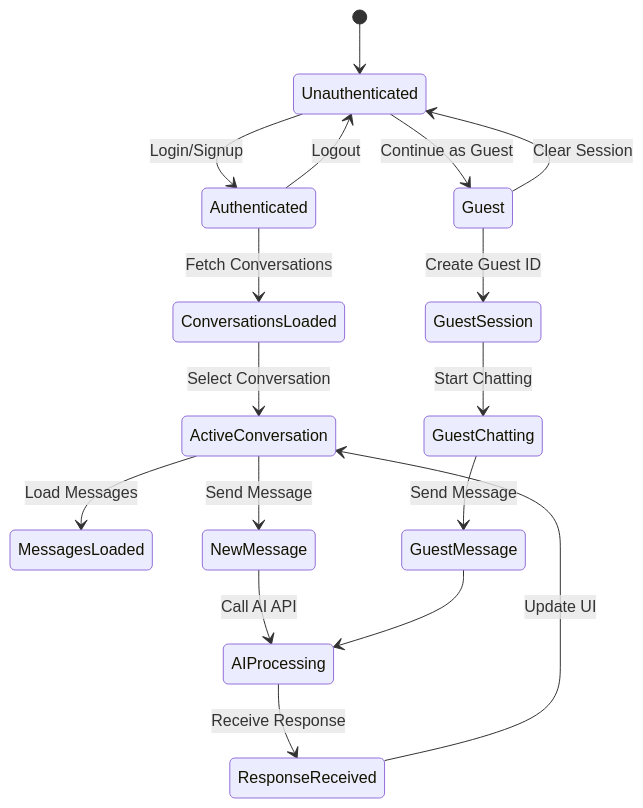
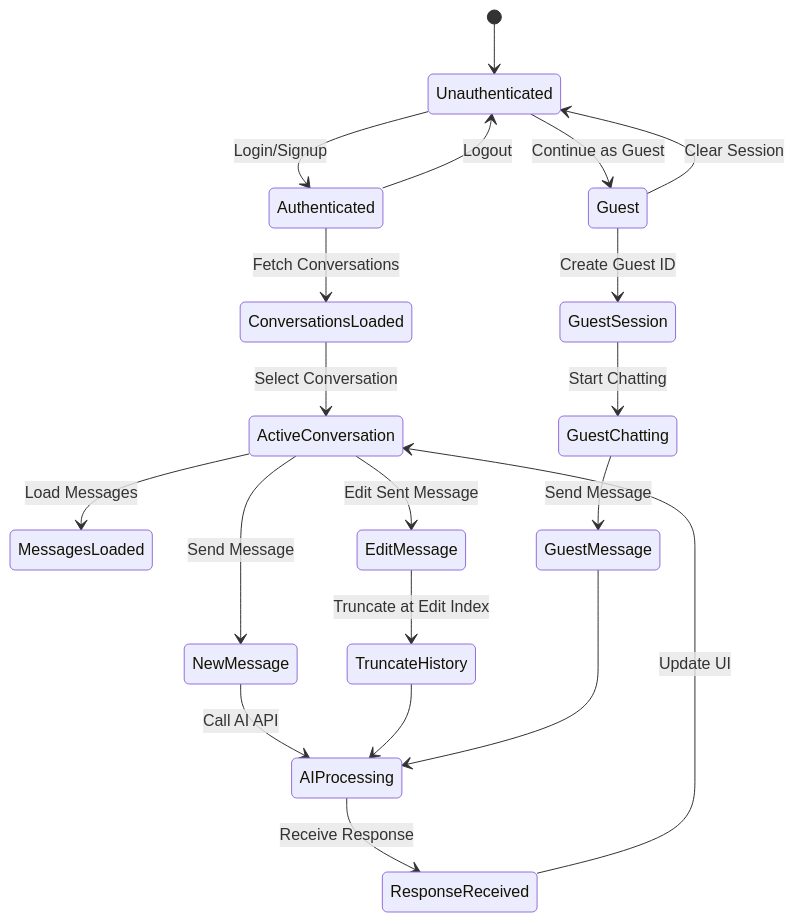
Before and after one commit to hoangsonww/AI-RAG-Assistant-Chatbot: the fourth of 34 diagrams in ARCHITECTURE.md, drawn with Mermaid. The commit also changed other lines of this file and 1 other file, not shown here.

Commit message:
docs: document message editing and conversation branching in ARCHITECTURE.md and README.md

````diff
--- a/ARCHITECTURE.md
+++ b/ARCHITECTURE.md
@@ -270,25 +272,29 @@
 ```mermaid
 stateDiagram-v2
     [*] --> Unauthenticated
 
     Unauthenticated --> Authenticated: Login/Signup
     Unauthenticated --> Guest: Continue as Guest
 
     Authenticated --> ConversationsLoaded: Fetch Conversations
     ConversationsLoaded --> ActiveConversation: Select Conversation
     ActiveConversation --> MessagesLoaded: Load Messages
 
     Guest --> GuestSession: Create Guest ID
     GuestSession --> GuestChatting: Start Chatting
 
     ActiveConversation --> NewMessage: Send Message
     NewMessage --> AIProcessing: Call AI API
     AIProcessing --> ResponseReceived: Receive Response
     ResponseReceived --> ActiveConversation: Update UI
 
+    ActiveConversation --> EditMessage: Edit Sent Message
+    EditMessage --> TruncateHistory: Truncate at Edit Index
+    TruncateHistory --> AIProcessing
+
     GuestChatting --> GuestMessage: Send Message
     GuestMessage --> AIProcessing
 
     Authenticated --> Unauthenticated: Logout
     Guest --> Unauthenticated: Clear Session
 ```
````
